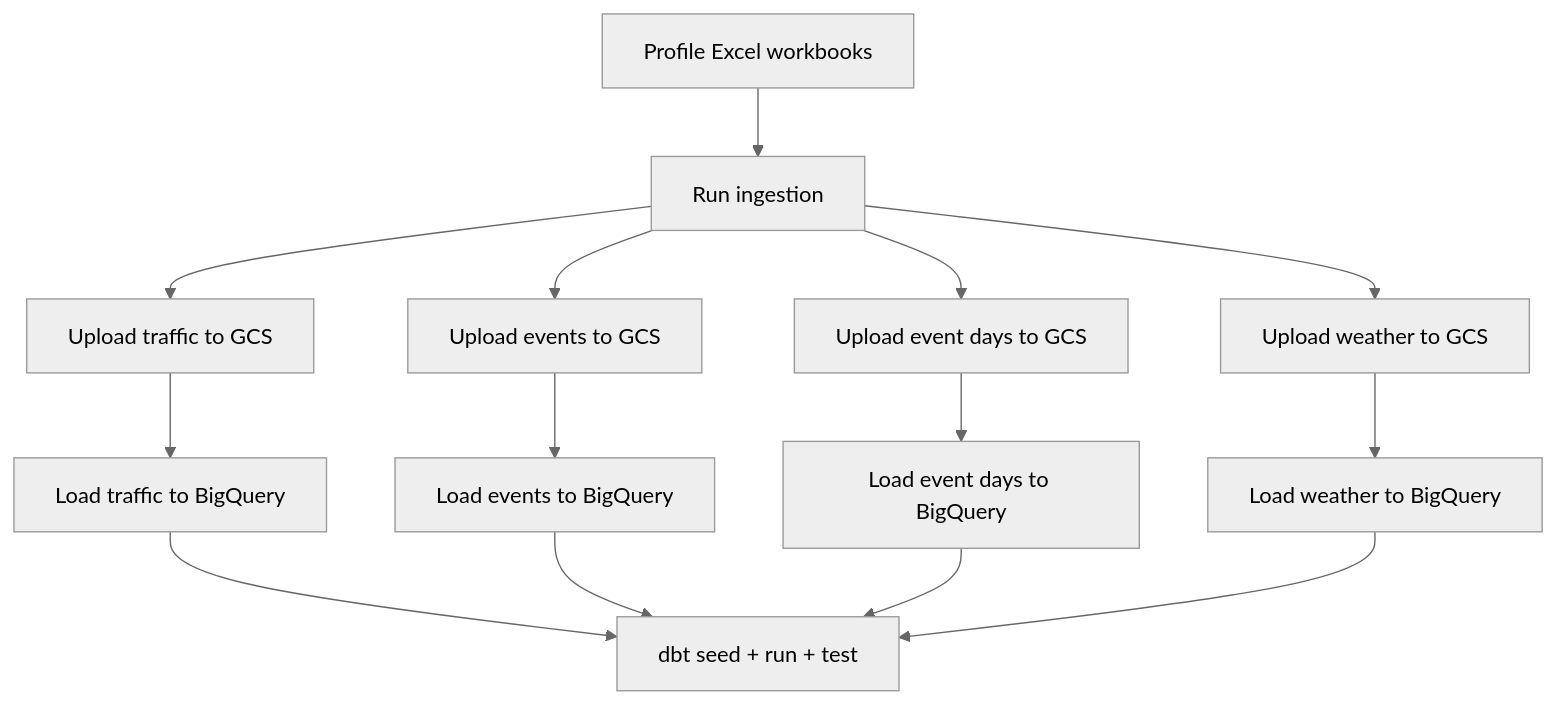
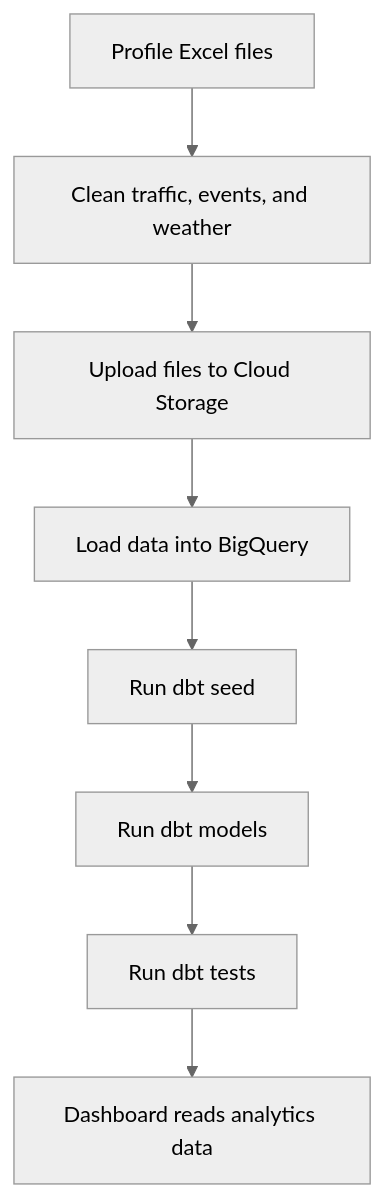
The second of 2 diagrams in README.md (Mohammedamd12/MASAR), drawn with Mermaid (neutral theme) before and after one commit. The commit also changed other lines of this file, not shown here.

````diff
--- a/README.md
+++ b/README.md
@@ -66,16 +58,10 @@
 ```mermaid
 flowchart TD
-    A[Profile Excel workbooks] --> B[Run ingestion]
-    B --> C1[Upload traffic to GCS]
-    B --> C2[Upload events to GCS]
-    B --> C3[Upload event days to GCS]
-    B --> C4[Upload weather to GCS]
-    C1 --> D1[Load traffic to BigQuery]
-    C2 --> D2[Load events to BigQuery]
-    C3 --> D3[Load event days to BigQuery]
-    C4 --> D4[Load weather to BigQuery]
-    D1 --> E[dbt seed + run + test]
-    D2 --> E
-    D3 --> E
-    D4 --> E
+    A[Profile Excel files] --> B[Clean traffic, events, and weather]
+    B --> C[Upload files to Cloud Storage]
+    C --> D[Load data into BigQuery]
+    D --> E[Run dbt seed]
+    E --> F[Run dbt models]
+    F --> G[Run dbt tests]
+    G --> H[Dashboard reads analytics data]
 ```
````
